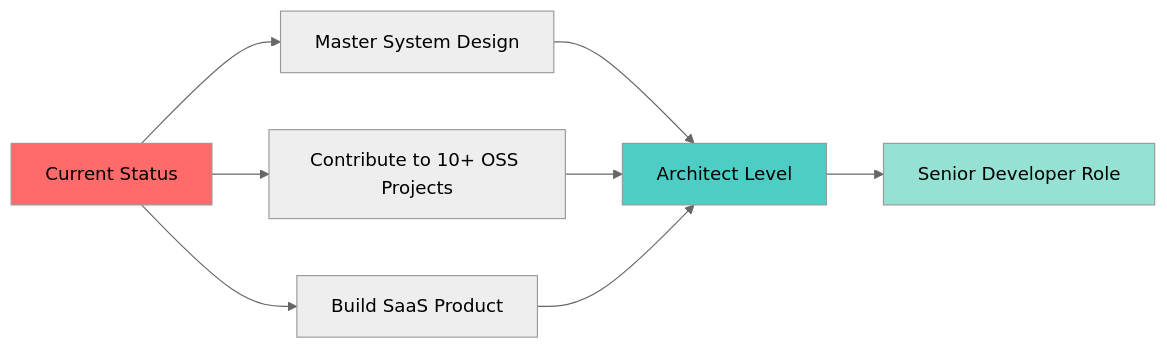
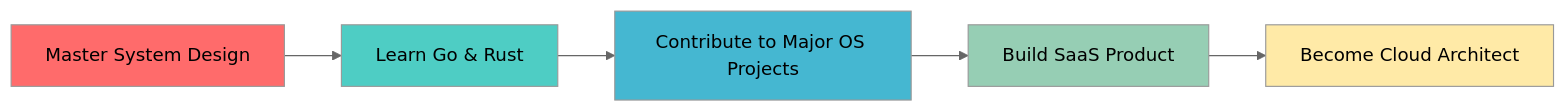
One commit to ManishPatil011/ManishPatil011 changed the diagram in README.md. Above: the diagram before and after it, drawn with Mermaid (neutral theme). The commit also changed other lines of this file, not shown here.

First line of the commit message:
Replace mermaid journey diagram with animated GitHub widgets

````diff
--- a/README.md
+++ b/README.md
@@ -95,14 +102,13 @@
 ```mermaid
 graph LR
-    A[Current Status] --> B[Master System Design]
-    A --> C[Contribute to 10+ OSS Projects]
-    A --> D[Build SaaS Product]
-    B --> E[Architect Level]
-    C --> E
-    D --> E
-    E --> F[Senior Developer Role]
+    A[Master System Design] --> B[Learn Go & Rust]
+    B --> C[Contribute to Major OS Projects]
+    C --> D[Build SaaS Product]
+    D --> E[Become Cloud Architect]
     
     style A fill:#ff6b6b
-    style E fill:#4ecdc4
-    style F fill:#95e1d3
+    style B fill:#4ecdc4
+    style C fill:#45b7d1
+    style D fill:#96ceb4
+    style E fill:#ffeaa7
 ```
````
